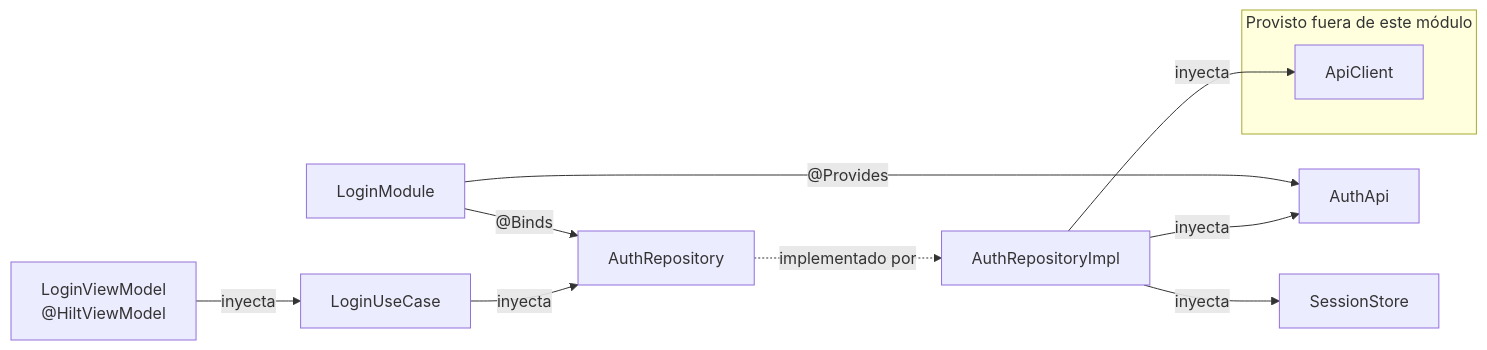
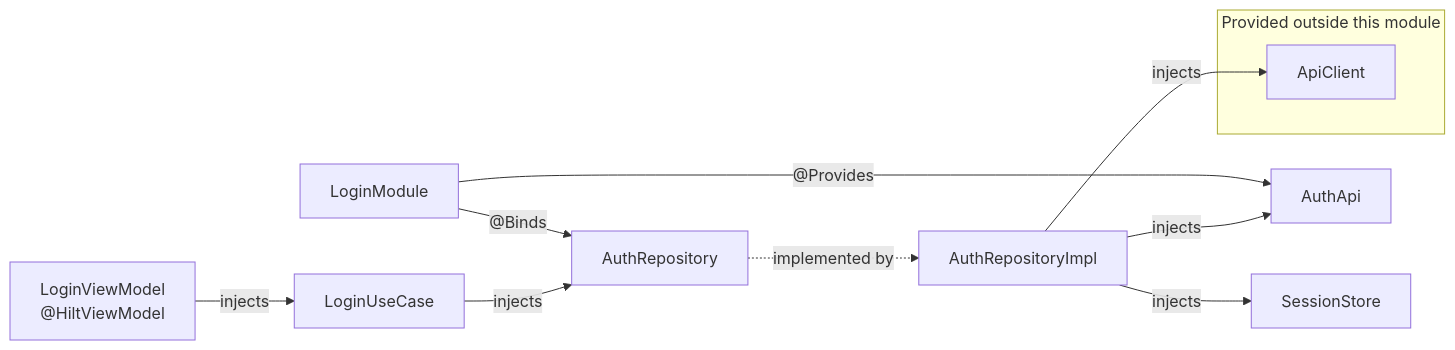
The fifth of 5 diagrams in examples/feature-login.md (pfranccino/android-module-map), drawn with Mermaid before and after one commit. The commit also changed other lines of this file and 13 other files, not shown here.

````diff
--- a/examples/feature-login.md
+++ b/examples/feature-login.md
@@ -113,21 +113,21 @@
 ```mermaid
 graph LR
     n0["LoginModule"]
     n1["AuthRepository"]
     n2["AuthApi"]
     n3["AuthRepositoryImpl"]
     n4["SessionStore"]
     n5["LoginUseCase"]
     n6["LoginViewModel<br/>@HiltViewModel"]
-    subgraph outside["Provisto fuera de este módulo"]
+    subgraph outside["Provided outside this module"]
         n7["ApiClient"]
     end
     n0 -->|"@Binds"| n1
-    n1 -.implementado por.-> n3
+    n1 -.implemented by.-> n3
     n0 -->|"@Provides"| n2
-    n3 -->|inyecta| n2
-    n3 -->|inyecta| n7
-    n3 -->|inyecta| n4
-    n5 -->|inyecta| n1
-    n6 -->|inyecta| n5
+    n3 -->|injects| n2
+    n3 -->|injects| n7
+    n3 -->|injects| n4
+    n5 -->|injects| n1
+    n6 -->|injects| n5
 ```
````
